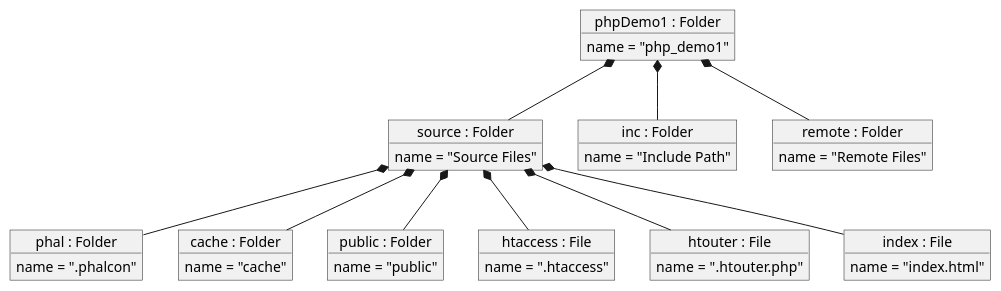
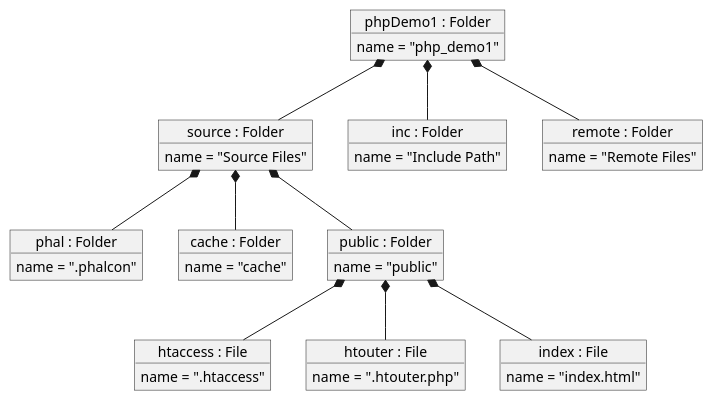
The diagram in Object Diagram/Composition.puml (tttrang152k/UML_Diagrams), drawn with PlantUML before and after one commit.

Commit message:
minor changes

```diff
--- a/Object Diagram/Composition.puml
+++ b/Object Diagram/Composition.puml
@@ -1,47 +1,47 @@
 @startuml
 'https://plantuml.com/object-diagram
 
 object "phpDemo1 : Folder" as root {
     name = "php_demo1"
 }
 object "source : Folder" as src {
     name = "Source Files"
 }
 object "inc : Folder" as ip {
     name = "Include Path"
 }
 object "remote : Folder" as rf {
     name = "Remote Files"
 }
 object "phal : Folder" as phal {
     name = ".phalcon"
 }
 object "cache : Folder" as c {
     name = "cache"
 }
 object "public : Folder" as pl {
     name = "public"
 }
 object "htaccess : File" as acc {
      name = ".htaccess"
 }
 object "htouter : File" as out {
      name = ".htouter.php"
 }
 object "index : File" as in {
      name = "index.html"
 }
 
 ' Composition hierarchy
 root *-- src
 root *-- ip
 root *-- rf
 
 src *-- phal
 src *-- c
 src *-- pl
-src *-- acc
-src *-- out
-src *-- in
+pl *-- acc
+pl *-- out
+pl *-- in
 
 @enduml
```
